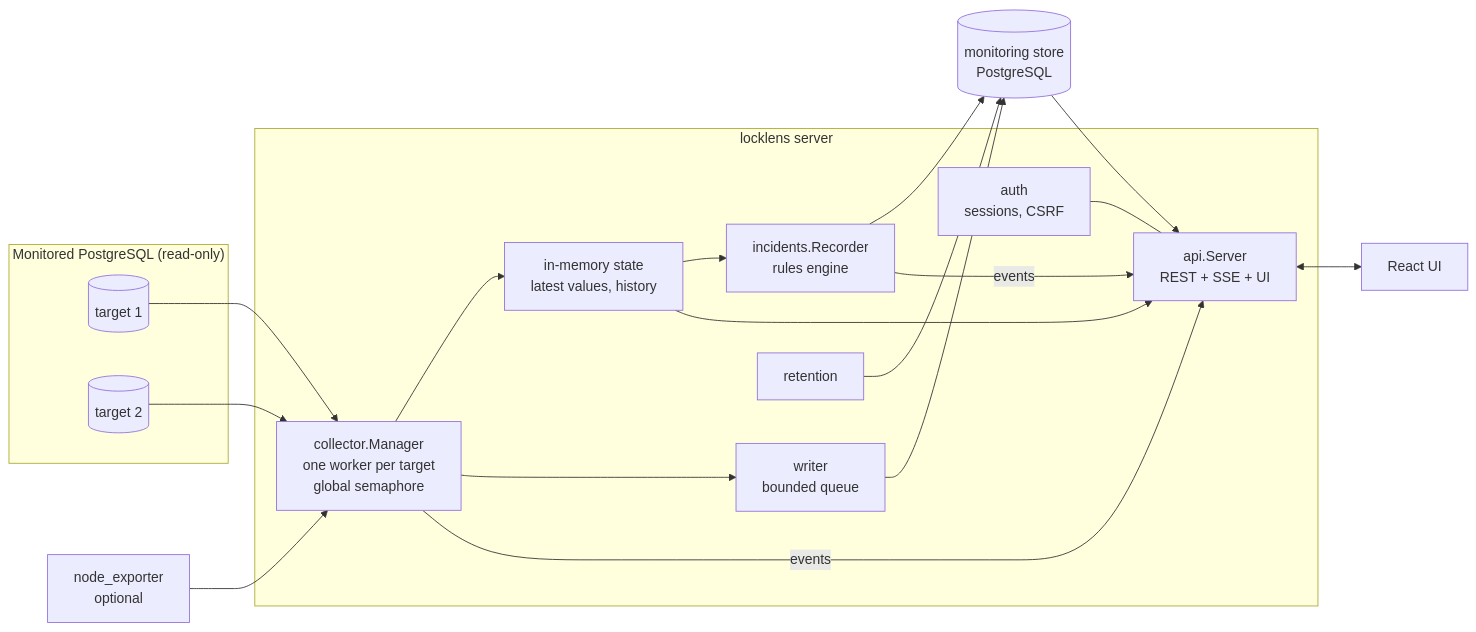
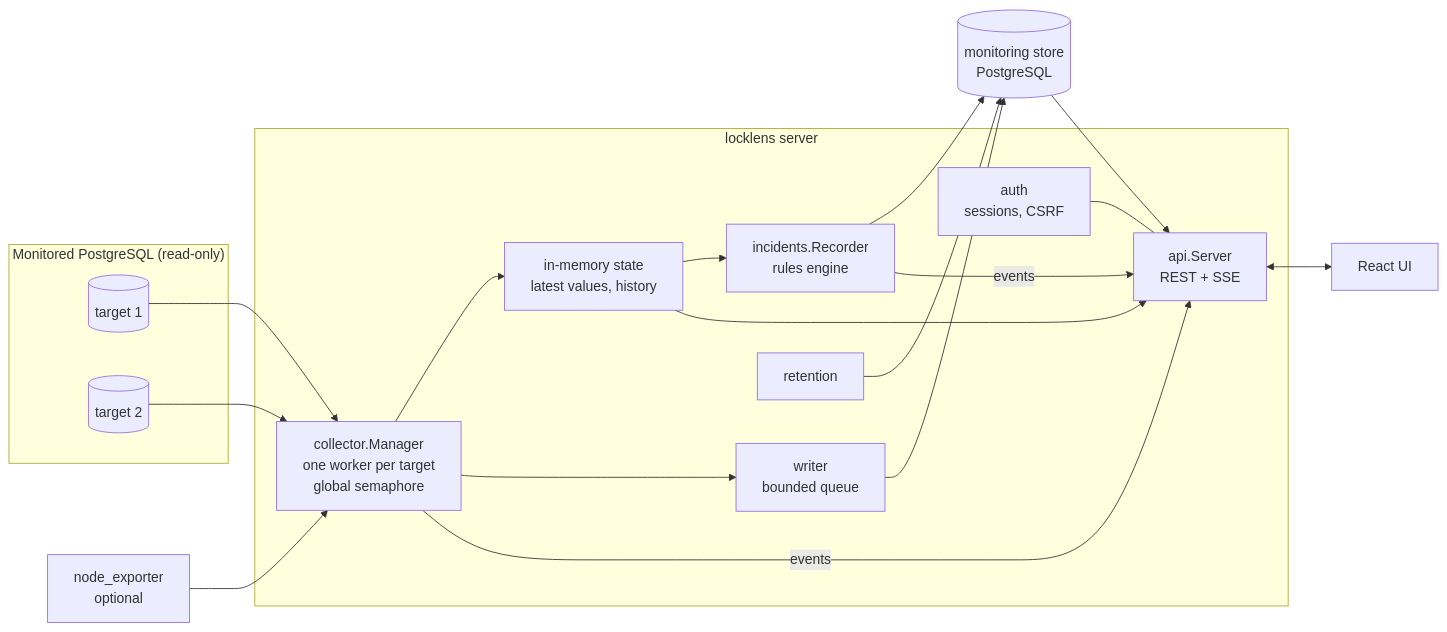
The first of 3 diagrams in docs/architecture.md (Huy-8bit/locklens), drawn with Mermaid before and after one commit. The commit also changed other lines of this file and 35 other files, not shown here.

````diff
--- a/docs/architecture.md
+++ b/docs/architecture.md
@@ -18,31 +23,31 @@
 ```mermaid
 flowchart LR
     subgraph targets["Monitored PostgreSQL (read-only)"]
         T1[(target 1)]
         T2[(target 2)]
     end
     NE[node_exporter<br/>optional]
     subgraph server["locklens server"]
         M[collector.Manager<br/>one worker per target<br/>global semaphore]
         ST[in-memory state<br/>latest values, history]
         W[writer<br/>bounded queue]
         RC[incidents.Recorder<br/>rules engine]
-        API[api.Server<br/>REST + SSE + UI]
+        API[api.Server<br/>REST + SSE]
         RET[retention]
         AUTH[auth<br/>sessions, CSRF]
     end
     STORE[(monitoring store<br/>PostgreSQL)]
     UI[React UI]
     T1 & T2 --> M
     NE --> M
     M --> ST
     M --> W --> STORE
     ST --> RC --> STORE
     RC -- events --> API
     M -- events --> API
     STORE --> API
     ST --> API
     API <--> UI
     AUTH --- API
     RET --> STORE
 ```
````
